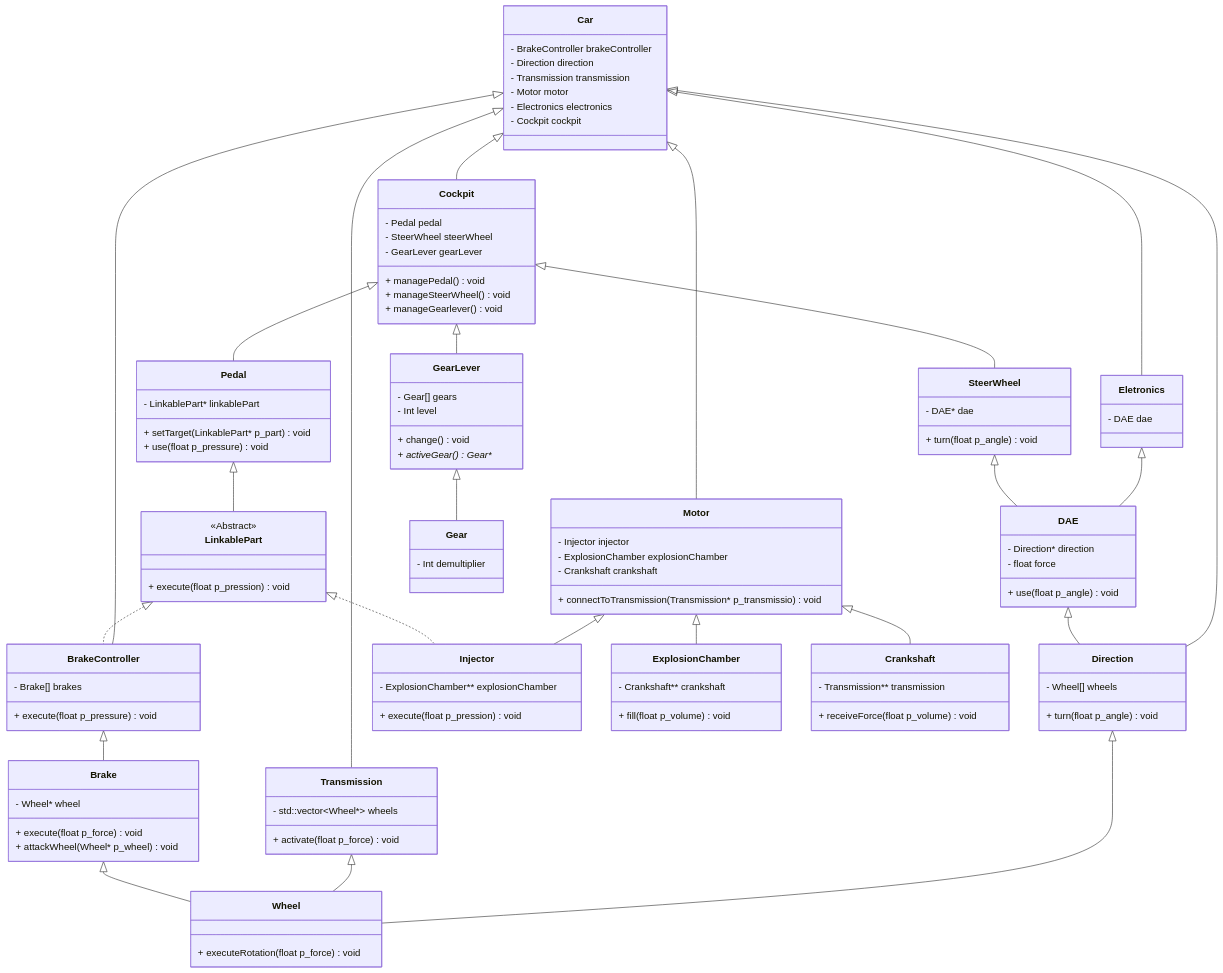
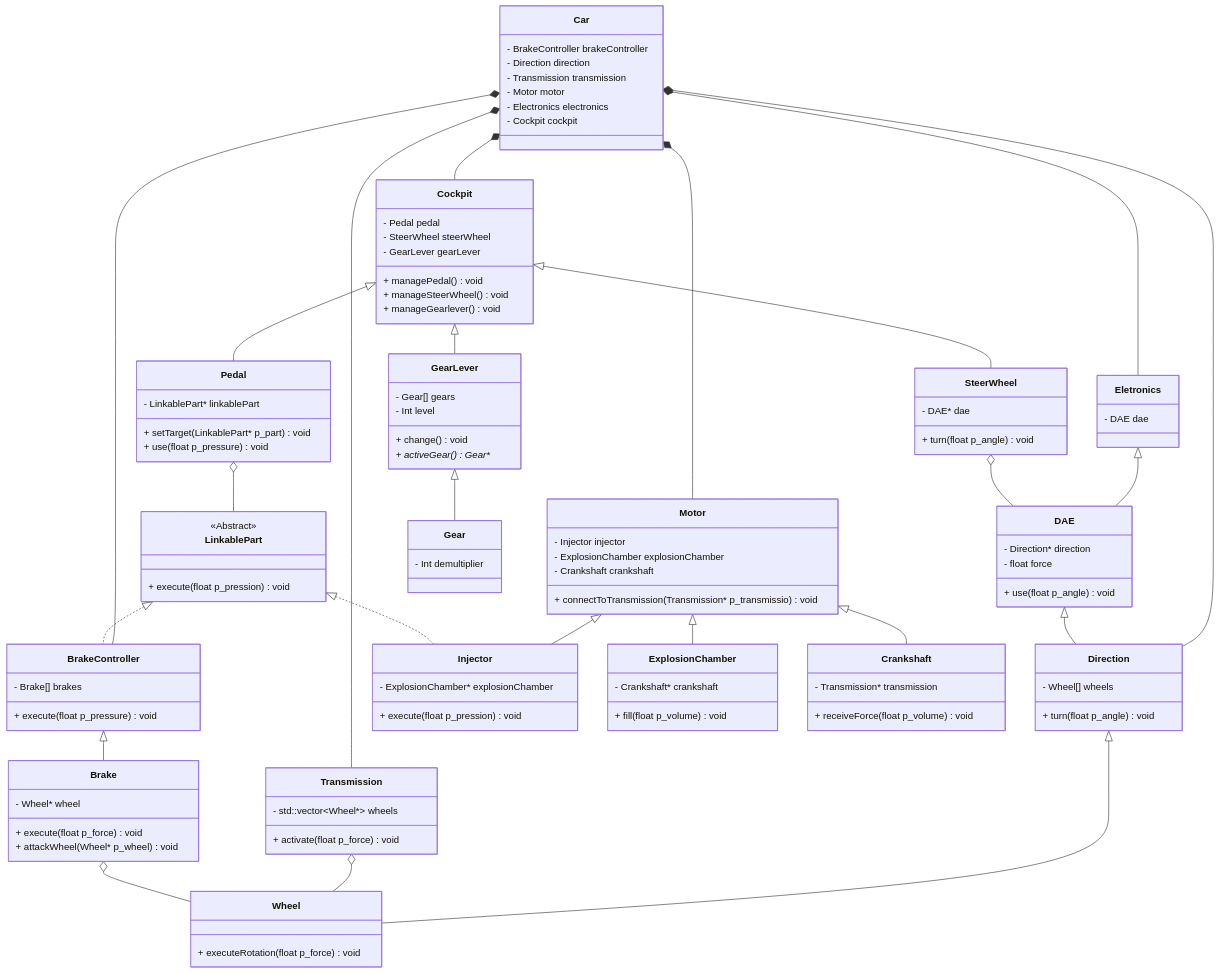
The diagram in Module02/subject.md (micas2002/object-piscine), drawn with Mermaid before and after one commit.

Commit message:
added some aggregation relation arrows. need to check all relations betweet classes

````diff
--- a/Module02/subject.md
+++ b/Module02/subject.md
@@ -1,11 +1,11 @@
 ```mermaid
 classDiagram
-	Car <|-- BrakeController
-	Car <|-- Direction
-	Car <|-- Transmission
-	Car <|-- Motor
-	Car <|-- Eletronics
-	Car <|-- Cockpit
+	Car *-- BrakeController
+	Car *-- Direction
+	Car *-- Transmission
+	Car *-- Motor
+	Car *-- Eletronics
+	Car *-- Cockpit
 	class Car {
 		- BrakeController brakeController
 		- Direction direction
@@ -22,7 +22,7 @@
 		+ turn(float p_angle) void
 	}
 
-	Transmission <|-- Wheel
+	Transmission o-- Wheel
 	class Transmission {
 		- std::vector~Wheel*~ wheels
 
@@ -41,19 +41,19 @@
 	}
 
 	class Injector {
-		- ExplosionChamber** explosionChamber
+		- ExplosionChamber* explosionChamber
 
 		+ execute(float p_pression) void
 	}
 
 	class ExplosionChamber {
-		- Crankshaft** crankshaft
+		- Crankshaft* crankshaft
 
 		+ fill(float p_volume) void
 	}
 
 	class Crankshaft {
-		- Transmission** transmission
+		- Transmission* transmission
 
 		+ receiveForce(float p_volume) void
 	}
@@ -84,7 +84,7 @@
 		+ manageGearlever() void
 	}
 
-	Pedal <|-- LinkablePart
+	Pedal o-- LinkablePart
 	class Pedal {
 		- LinkablePart* linkablePart
 
@@ -99,7 +99,7 @@
 		+ execute(float p_pressure) void
 	}
 
-	Brake <|-- Wheel
+	Brake o-- Wheel
 	class Brake {
 		- Wheel* wheel
 
@@ -111,7 +111,7 @@
 		+ executeRotation(float p_force) void
 	}
 
-	SteerWheel <|-- DAE
+	SteerWheel o-- DAE
 	class SteerWheel {
 		- DAE* dae
 
````
